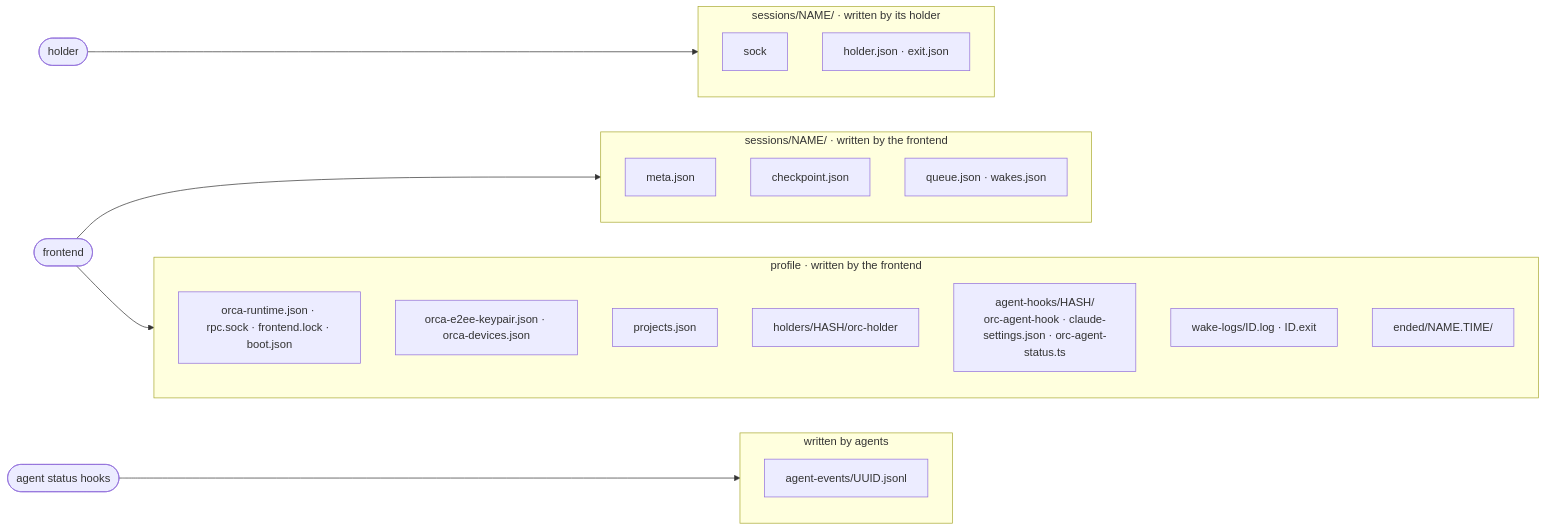
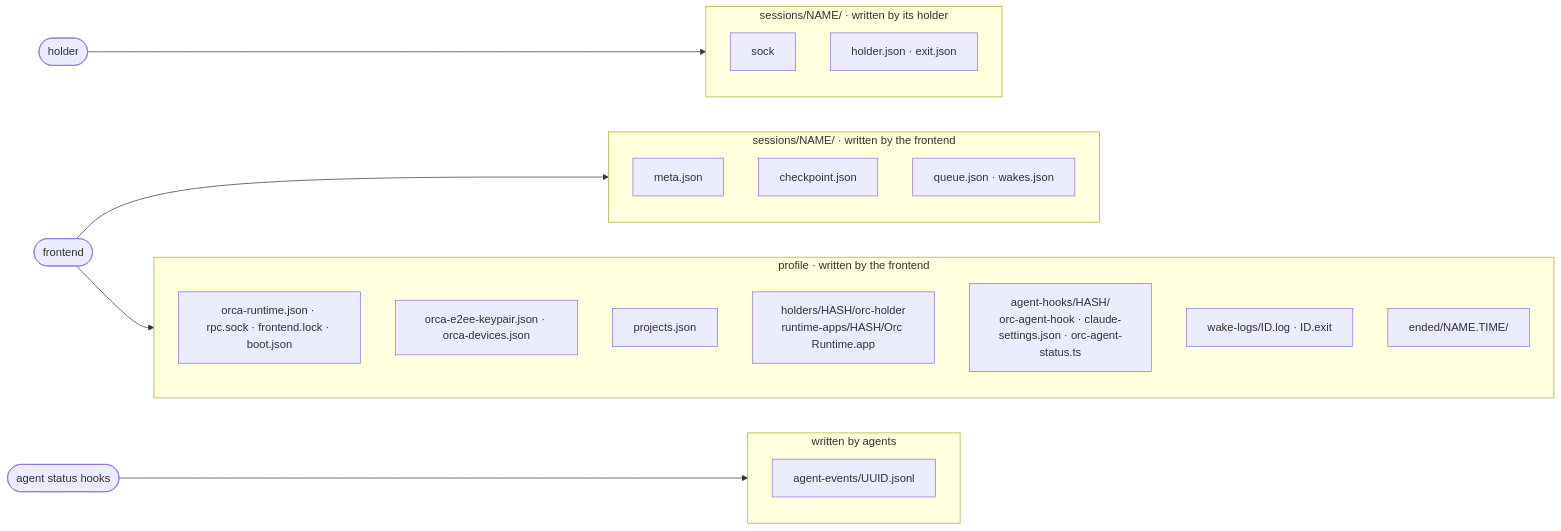
One commit to phillipleblanc/orc changed the second of 7 diagrams in slim/ARCHITECTURE.md. Above: the diagram before and after it, drawn with Mermaid. The commit also changed other lines of this file and 10 other files, not shown here.

````diff
--- a/slim/ARCHITECTURE.md
+++ b/slim/ARCHITECTURE.md
@@ -78,36 +78,36 @@
 ```mermaid
 flowchart LR
     holderProcess(["holder"])
     frontendProcess(["frontend"])
 
     subgraph holderFiles["sessions/NAME/ · written by its holder"]
         sock["sock"]
         holderRecord["holder.json · exit.json"]
     end
 
     subgraph sessionFiles["sessions/NAME/ · written by the frontend"]
         meta["meta.json"]
         checkpoint["checkpoint.json"]
         queue["queue.json · wakes.json"]
     end
 
     agentProcess(["agent status hooks"])
     subgraph eventFiles["written by agents"]
         events["agent-events/UUID.jsonl"]
     end
 
     subgraph profileFiles["profile · written by the frontend"]
         runtime["orca-runtime.json · rpc.sock · frontend.lock · boot.json"]
         identity["orca-e2ee-keypair.json · orca-devices.json"]
         projects["projects.json"]
-        binaries["holders/HASH/orc-holder"]
+        binaries["holders/HASH/orc-holder<br/>runtime-apps/HASH/Orc Runtime.app"]
         hookFiles["agent-hooks/HASH/<br/>orc-agent-hook · claude-settings.json · orc-agent-status.ts"]
         wakeLogs["wake-logs/ID.log · ID.exit"]
         ended["ended/NAME.TIME/"]
     end
 
     holderProcess --> holderFiles
     frontendProcess --> sessionFiles
     frontendProcess --> profileFiles
     agentProcess --> eventFiles
 ```
````
